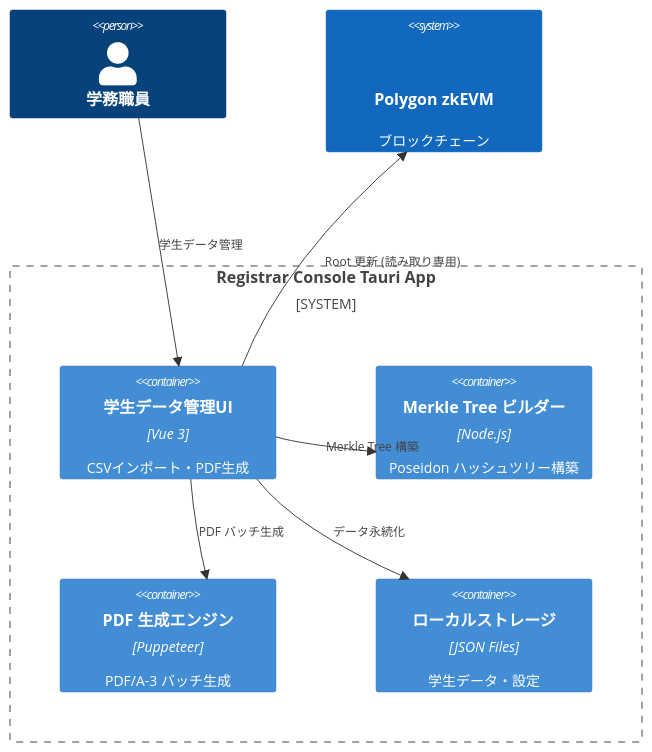
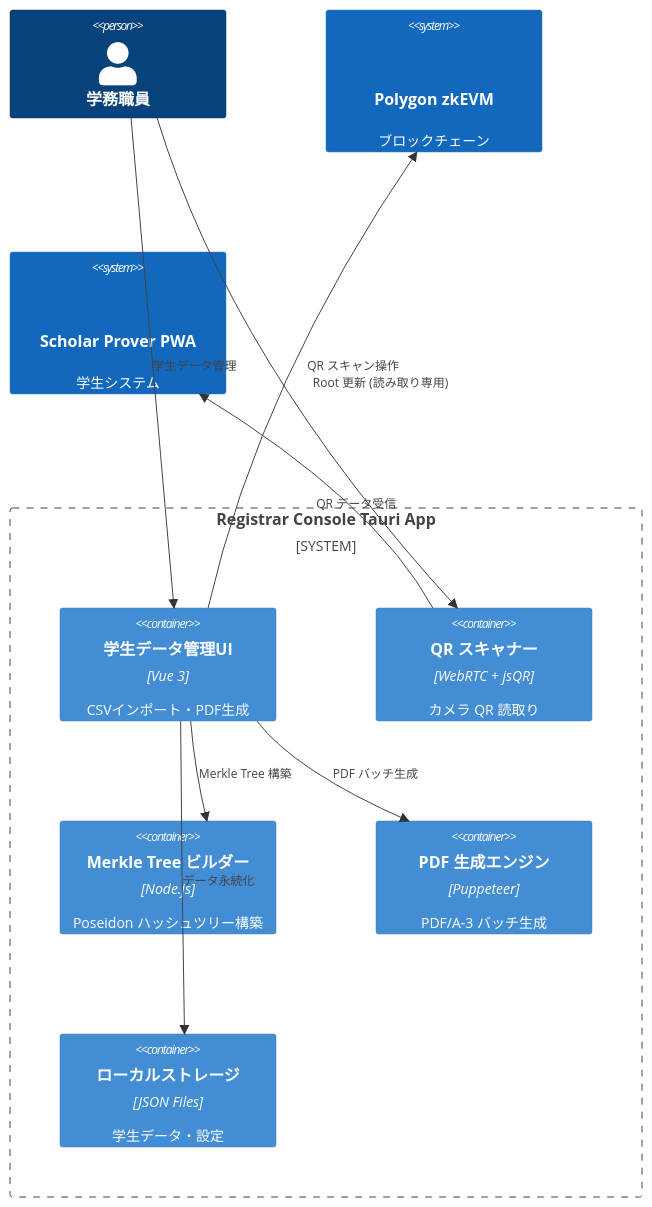
The first of 3 diagrams in documents/RegistrarConsole/FSD_Registrar.md (Blank-Vulture/Tri-CertFramework), drawn with Mermaid before and after one commit. The commit also changed other lines of this file and 5 other files, not shown here.

````diff
--- a/documents/RegistrarConsole/FSD_Registrar.md
+++ b/documents/RegistrarConsole/FSD_Registrar.md
@@ -5,17 +5,21 @@
 ```mermaid
 C4Context
 Person(Staff, "学務職員")
 System_Boundary(RC, "Registrar Console Tauri App") {
   Container(UI, "学生データ管理UI", "Vue 3", "CSVインポート・PDF生成")
+  Container(QR, "QR スキャナー", "WebRTC + jsQR", "カメラ QR 読取り")
   Container(Merkle, "Merkle Tree ビルダー", "Node.js", "Poseidon ハッシュツリー構築")
   Container(PDF, "PDF 生成エンジン", "Puppeteer", "PDF/A-3 バッチ生成")
   Container(Storage, "ローカルストレージ", "JSON Files", "学生データ・設定")
 }
 System(Chain, "Polygon zkEVM", "ブロックチェーン", "Merkle Root 更新")
+System(PWA, "Scholar Prover PWA", "学生システム", "QR コード提示")
 
 Rel(Staff, UI, "学生データ管理")
+Rel(Staff, QR, "QR スキャン操作")
+Rel(QR, PWA, "QR データ受信")
 Rel(UI, Merkle, "Merkle Tree 構築")
 Rel(UI, PDF, "PDF バッチ生成")
 Rel(UI, Storage, "データ永続化")
 Rel(UI, Chain, "Root 更新 (読み取り専用)")
 ```
````
